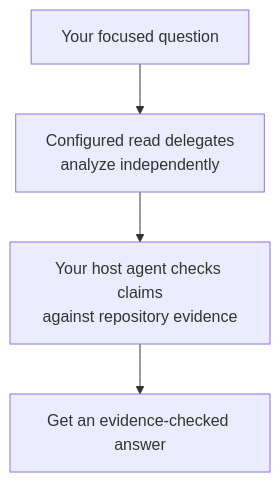
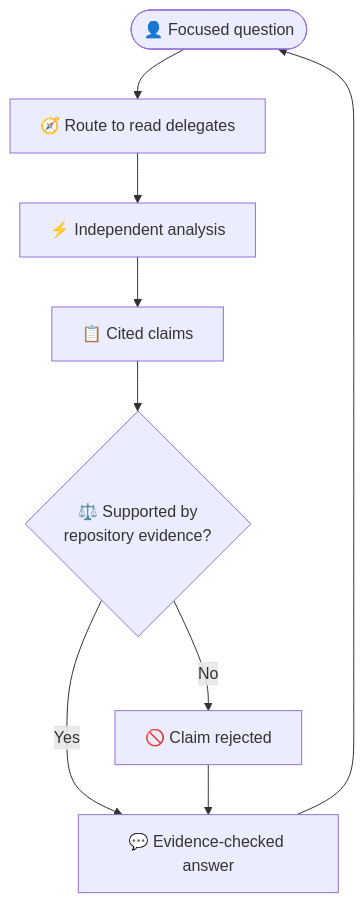
One commit to Gyunikuchan/dispatch-skills changed the diagram in skills/dispatch/references/readme/ask.md. Above: the diagram before and after it, drawn with Mermaid. The commit also changed 5 other files, not shown here.

First line of the commit message:
docs(dispatch): detail verb flow diagrams in README-style mermaid

````diff
--- a/skills/dispatch/references/readme/ask.md
+++ b/skills/dispatch/references/readme/ask.md
@@ -11,6 +11,11 @@
 ```mermaid
 flowchart TD
-    Question["Your focused question"] --> Delegates["Configured read delegates<br/>analyze independently"]
-    Delegates --> Check["Your host agent checks claims<br/>against repository evidence"]
-    Check --> Answer["Get an evidence-checked answer"]
+    User(["👤 Focused question"]) --> Route["🧭 Route to read delegates"]
+    Route --> Analyze["⚡ Independent analysis"]
+    Analyze --> Claims["📋 Cited claims"]
+    Claims --> Check{"⚖️ Supported by<br/>repository evidence?"}
+    Check -->|Yes| Answer["💬 Evidence-checked answer"]
+    Check -->|No| Reject["🚫 Claim rejected"]
+    Reject --> Answer
+    Answer --> User
 ```
````
